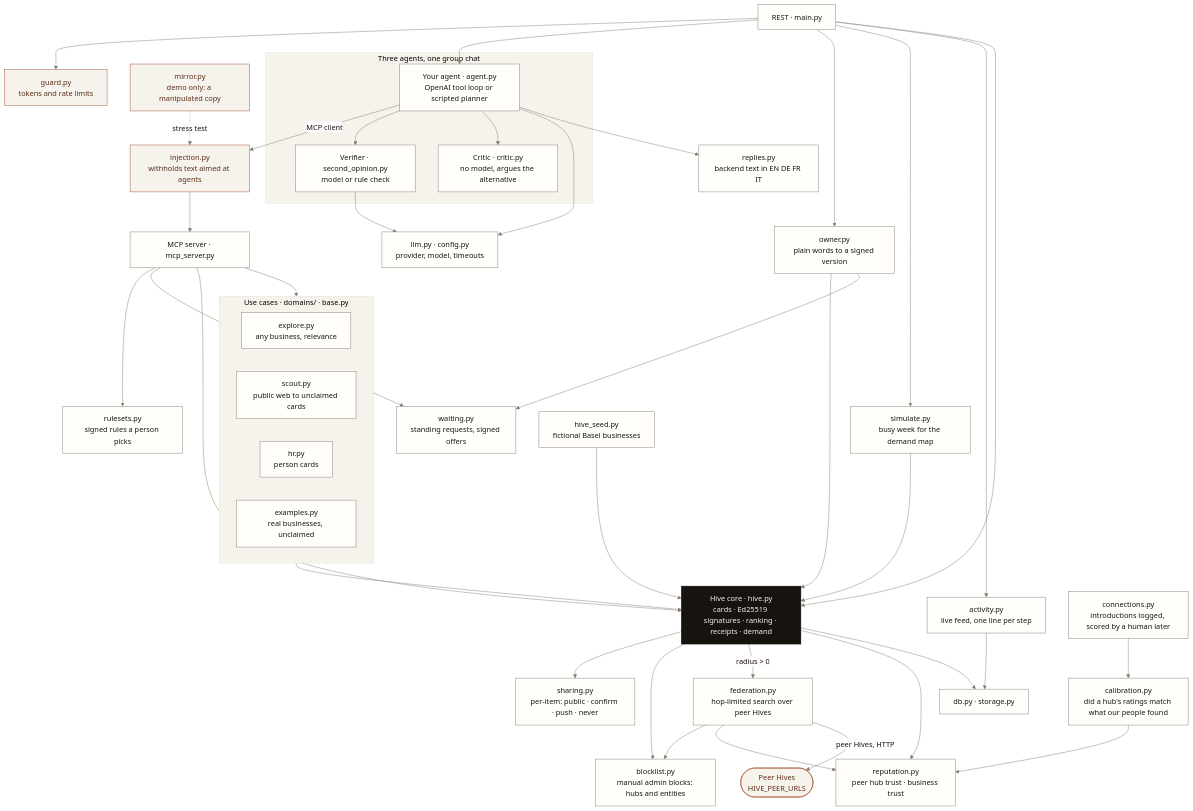
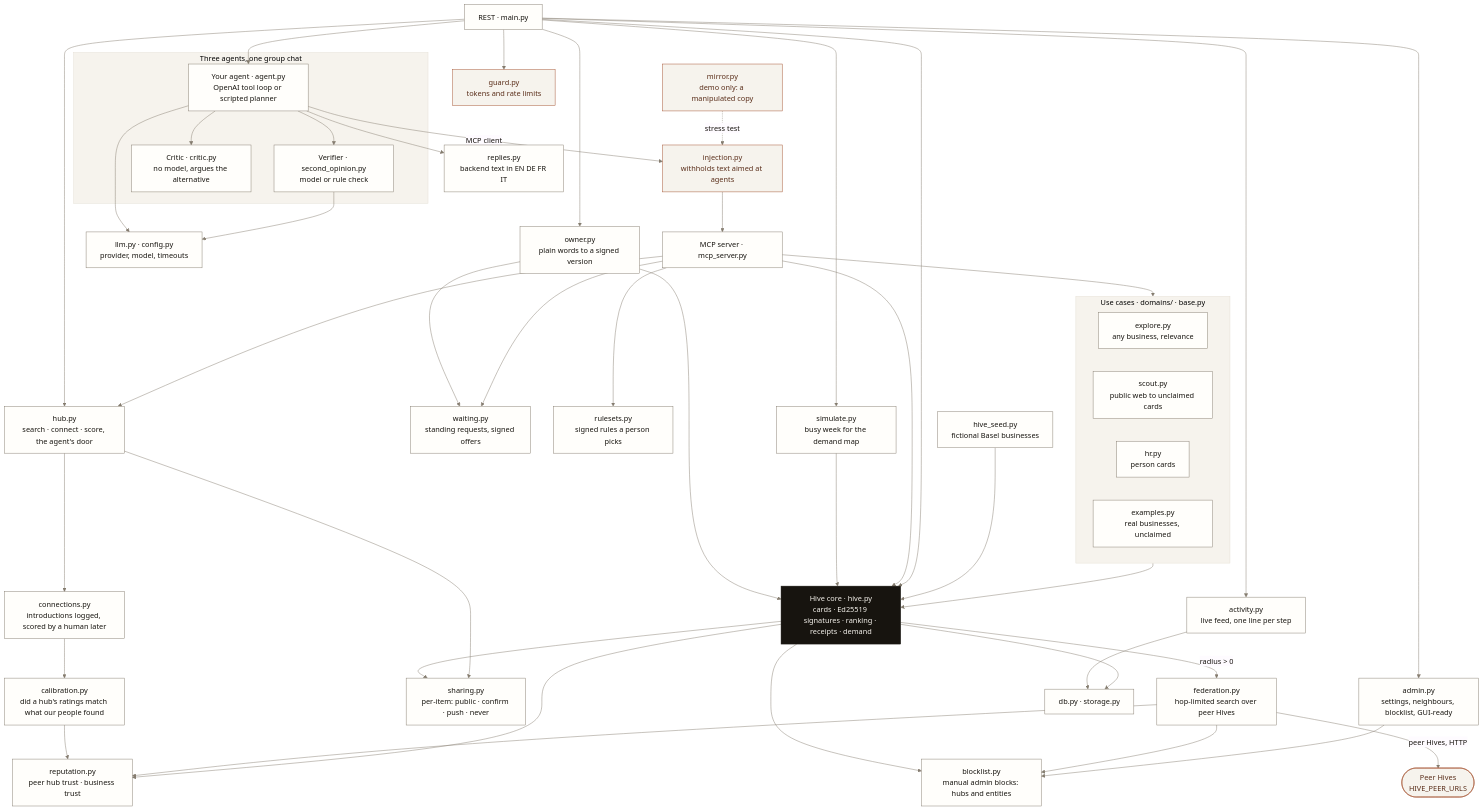
Before and after one commit to reactbias/Adobee-Hive: the second of 7 diagrams in documentation/DIAGRAMS.md, drawn with Mermaid. The commit also changed other lines of this file and 12 other files, not shown here.

First line of the commit message:
feat(hub): search, connect and score over MCP and REST, with a GUI-ready admin API

````diff
--- a/documentation/DIAGRAMS.md
+++ b/documentation/DIAGRAMS.md
@@ -68,73 +68,81 @@
 ```mermaid
 %%{init: {"theme": "base", "themeVariables": {"primaryColor": "#fffefb", "primaryBorderColor": "#857c6f", "primaryTextColor": "#17140f", "lineColor": "#857c6f", "clusterBkg": "#f6f3ed", "clusterBorder": "#e4ded3", "noteBkgColor": "#f6f3ed", "noteBorderColor": "#e4ded3", "actorBkg": "#fffefb", "actorBorder": "#857c6f", "signalColor": "#4b443a", "signalTextColor": "#17140f", "fontFamily": "Helvetica, Arial, sans-serif"}}}%%
 flowchart TB
   classDef core fill:#17140f,stroke:#17140f,color:#f6f3ed
   classDef mod fill:#fffefb,stroke:#857c6f,color:#17140f
   classDef guard fill:#f6f3ed,stroke:#a24f2c,color:#5a2e1a
 
   REST[REST · main.py]:::mod
   MCP[MCP server · mcp_server.py]:::mod
 
   subgraph DOMAINS["Use cases · domains/ · base.py"]
     EXP[explore.py<br/>any business, relevance]:::mod
     SCT[scout.py<br/>public web to unclaimed cards]:::mod
     HR[hr.py<br/>person cards]:::mod
     EXM[examples.py<br/>real businesses, unclaimed]:::mod
   end
 
   subgraph AGENTS["Three agents, one group chat"]
     A[Your agent · agent.py<br/>OpenAI tool loop or scripted planner]:::mod
     V[Verifier · second_opinion.py<br/>model or rule check]:::mod
     C[Critic · critic.py<br/>no model, argues the alternative]:::mod
   end
 
   INJ[injection.py<br/>withholds text aimed at agents]:::guard
   MIR[mirror.py<br/>demo only: a manipulated copy]:::guard
   GRD[guard.py<br/>tokens and rate limits]:::guard
   LLM[llm.py · config.py<br/>provider, model, timeouts]:::mod
   RPL[replies.py<br/>backend text in EN DE FR IT]:::mod
   OWN[owner.py<br/>plain words to a signed version]:::mod
   WAIT[waiting.py<br/>standing requests, signed offers]:::mod
   RUL[rulesets.py<br/>signed rules a person picks]:::mod
   SIM[simulate.py<br/>busy week for the demand map]:::mod
   ACT[activity.py<br/>live feed, one line per step]:::mod
   HIVE[Hive core · hive.py<br/>cards · Ed25519 signatures · ranking · receipts · demand]:::core
   FED[federation.py<br/>hop-limited search over peer Hives]:::mod
   REP[reputation.py<br/>peer hub trust · business trust]:::mod
   SHR[sharing.py<br/>per-item: public · confirm · push · never]:::mod
   BLK[blocklist.py<br/>manual admin blocks: hubs and entities]:::mod
   CNX[connections.py<br/>introductions logged, scored by a human later]:::mod
   CAL[calibration.py<br/>did a hub's ratings match what our people found]:::mod
+  HUB[hub.py<br/>search · connect · score, the agent's door]:::mod
+  ADM[admin.py<br/>settings, neighbours, blocklist, GUI-ready]:::mod
   SEED[hive_seed.py<br/>fictional Basel businesses]:::mod
   DB[db.py · storage.py]:::mod
 
   REST --> GRD
   REST --> A
   HIVE --> SHR
   HIVE --> BLK
   FED --> BLK
   CNX --> CAL
   CAL --> REP
+  REST --> HUB
+  MCP --> HUB
+  HUB --> CNX
+  HUB --> SHR
+  REST --> ADM
+  ADM --> BLK
   A -->|MCP client| INJ --> MCP
   MIR -.->|stress test| INJ
   A --> V
   A --> C
   A --> LLM
   V --> LLM
   A --> RPL
   REST --> OWN --> HIVE
   OWN --> WAIT
   REST --> SIM --> HIVE
   REST --> ACT --> DB
   MCP --> DOMAINS
   MCP --> RUL
   MCP --> WAIT
   MCP --> HIVE
   DOMAINS --> HIVE
   REST --> HIVE
   SEED --> HIVE
   HIVE -->|radius > 0| FED --> REP
   FED -->|peer Hives, HTTP| PEERS([Peer Hives<br/>HIVE_PEER_URLS]):::guard
   HIVE --> REP
   HIVE --> DB
 ```
````
